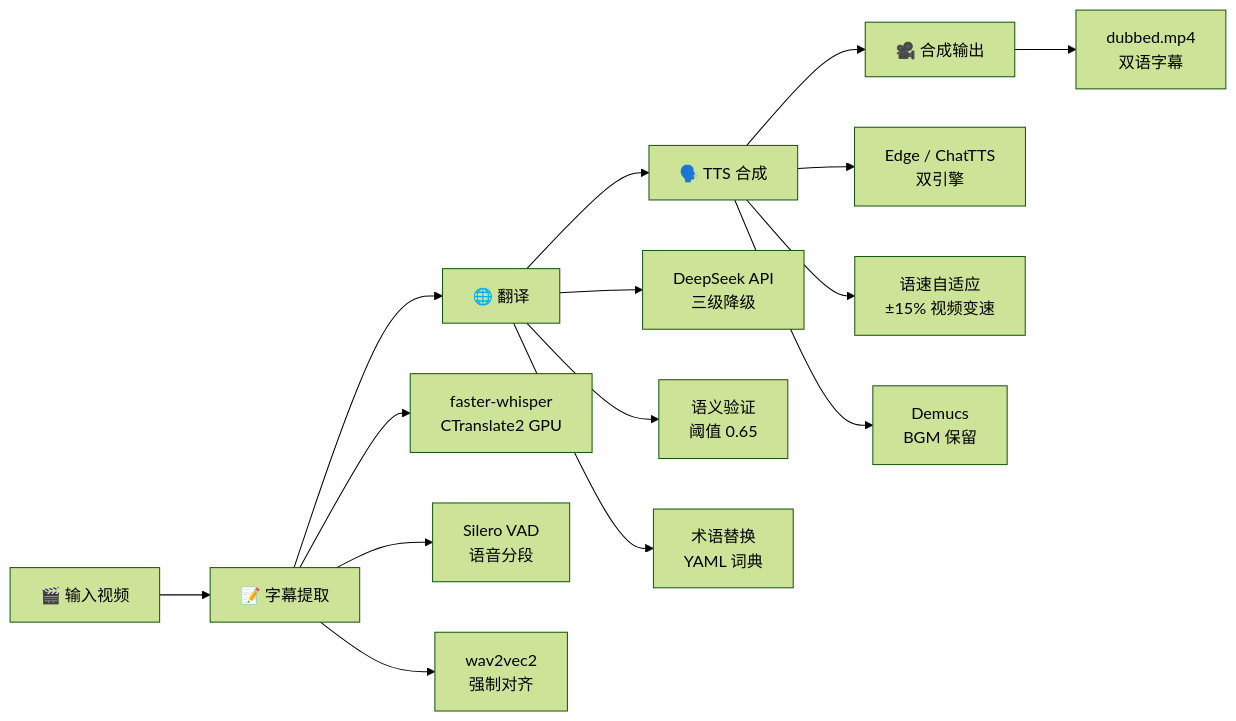
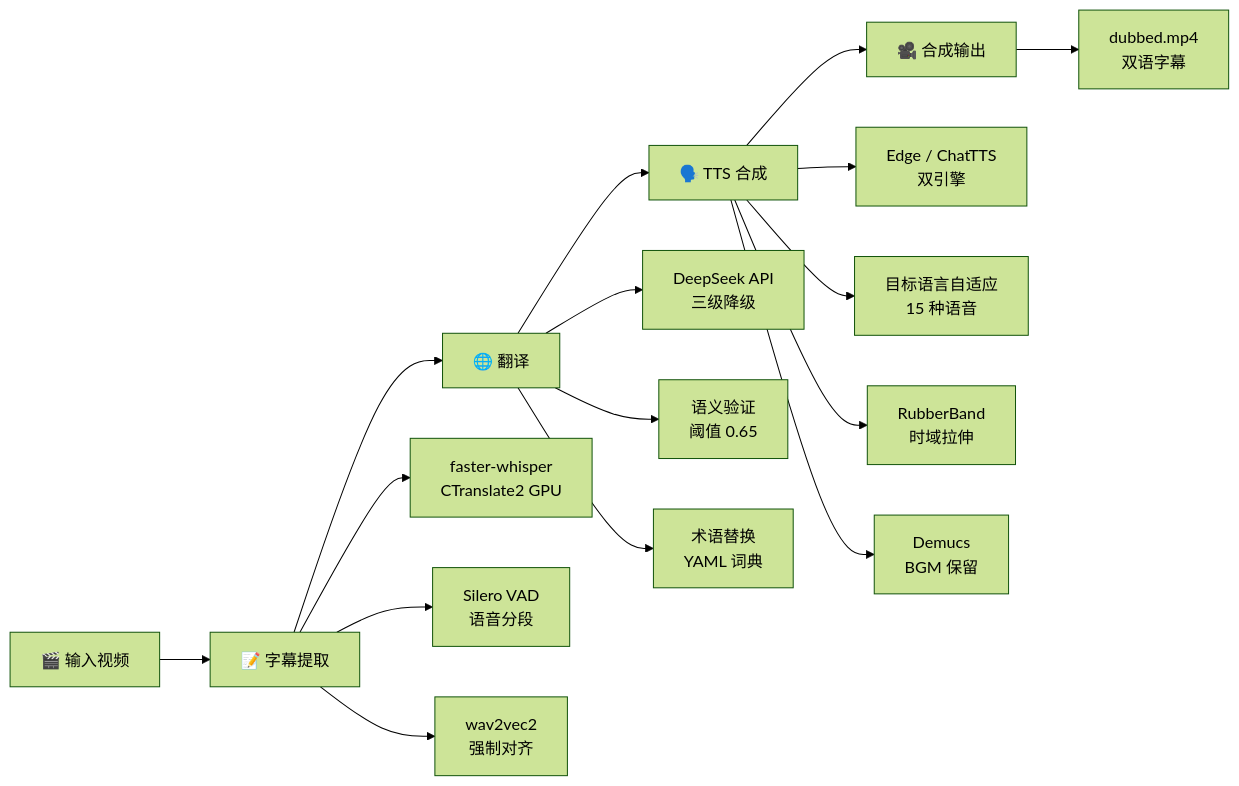
Before and after one commit to Friend-Xu/Translate-video-WebUI: the diagram in README.md, drawn with Mermaid (forest theme). The commit also changed other lines of this file, not shown here.

````diff
--- a/README.md
+++ b/README.md
@@ -63,21 +84,22 @@
 ```mermaid
 graph LR
     A[🎬 输入视频] --> B[📝 字幕提取]
     B --> C[🌐 翻译]
     C --> D[🗣️ TTS 合成]
     D --> E[🎥 合成输出]
 
     B --> B1[faster-whisper<br/>CTranslate2 GPU]
     B --> B2[Silero VAD<br/>语音分段]
     B --> B3[wav2vec2<br/>强制对齐]
 
     C --> C1[DeepSeek API<br/>三级降级]
     C --> C2[语义验证<br/>阈值 0.65]
     C --> C3[术语替换<br/>YAML 词典]
 
     D --> D1[Edge / ChatTTS<br/>双引擎]
-    D --> D2[语速自适应<br/>±15% 视频变速]
-    D --> D3[Demucs<br/>BGM 保留]
+    D --> D2[目标语言自适应<br/>15 种语音]
+    D --> D3[RubberBand<br/>时域拉伸]
+    D --> D4[Demucs<br/>BGM 保留]
 
     E --> E1[dubbed.mp4<br/>双语字幕]
 ```
````
